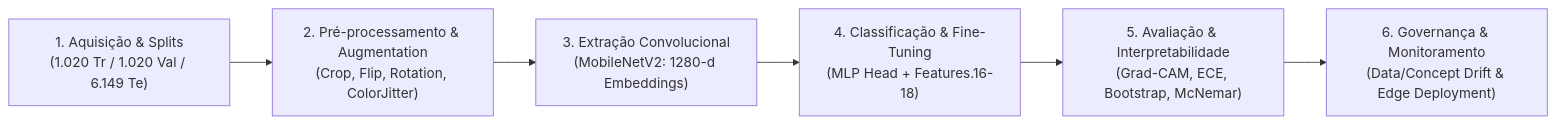
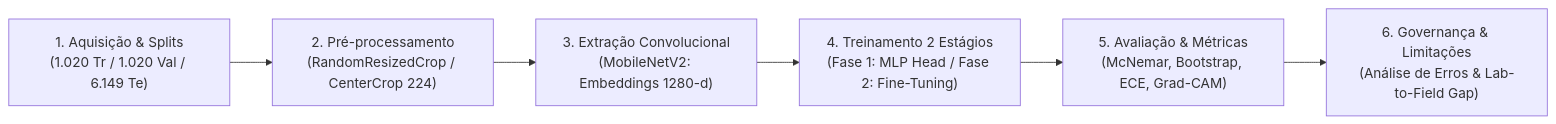
Before and after one commit to kelryana/classificacao-botanica: the diagram in README.md, drawn with Mermaid. The commit also changed other lines of this file and 8 other files, not shown here.

````diff
--- a/README.md
+++ b/README.md
@@ -47,8 +72,8 @@
 ```mermaid
 flowchart LR
-    E1["1. Aquisição & Splits<br/>(1.020 Tr / 1.020 Val / 6.149 Te)"] --> E2["2. Pré-processamento & Augmentation<br/>(Crop, Flip, Rotation, ColorJitter)"]
-    E2 --> E3["3. Extração Convolucional<br/>(MobileNetV2: 1280-d Embeddings)"]
-    E3 --> E4["4. Classificação & Fine-Tuning<br/>(MLP Head + Features.16-18)"]
-    E4 --> E5["5. Avaliação & Interpretabilidade<br/>(Grad-CAM, ECE, Bootstrap, McNemar)"]
-    E5 --> E6["6. Governança & Monitoramento<br/>(Data/Concept Drift & Edge Deployment)"]
+    E1["1. Aquisição & Splits<br/>(1.020 Tr / 1.020 Val / 6.149 Te)"] --> E2["2. Pré-processamento<br/>(RandomResizedCrop / CenterCrop 224)"]
+    E2 --> E3["3. Extração Convolucional<br/>(MobileNetV2: Embeddings 1280-d)"]
+    E3 --> E4["4. Treinamento 2 Estágios<br/>(Fase 1: MLP Head / Fase 2: Fine-Tuning)"]
+    E4 --> E5["5. Avaliação & Métricas<br/>(McNemar, Bootstrap, ECE, Grad-CAM)"]
+    E5 --> E6["6. Governança & Limitações<br/>(Análise de Erros & Lab-to-Field Gap)"]
 ```
````
